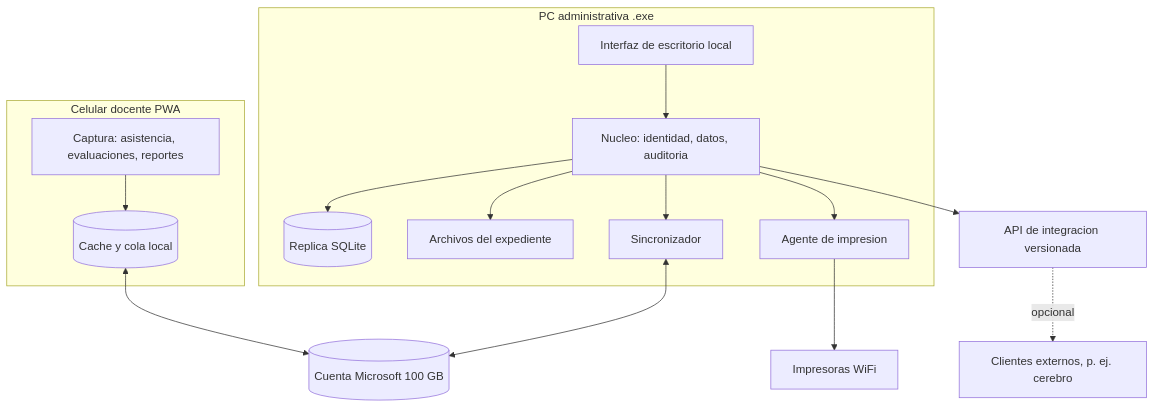
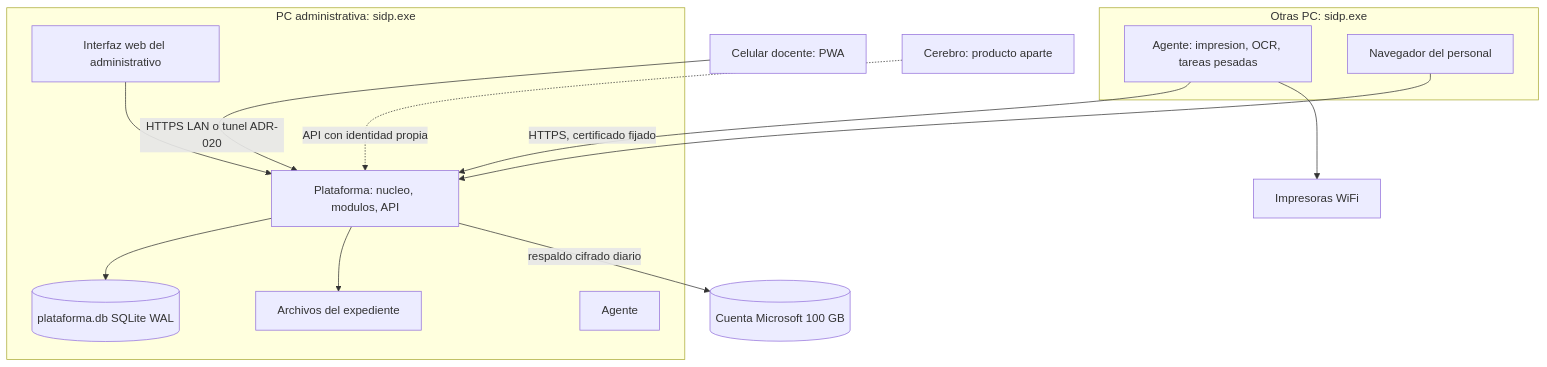
One commit to Maximiliano-cabello-mata/sidp-core changed the diagram in docs/arquitectura/sistema_administrativo.md. Above: the diagram before and after it, drawn with Mermaid. The commit also changed other lines of this file and 16 other files, not shown here.

First line of the commit message:
docs: limpieza y alineación con ADR-019; guía de prueba con dos equipos

````diff
--- a/docs/arquitectura/sistema_administrativo.md
+++ b/docs/arquitectura/sistema_administrativo.md
@@ -19,18 +19,19 @@
 ```mermaid
 flowchart TB
-    subgraph PC[PC administrativa .exe]
-        UI[Interfaz de escritorio local] --> N[Nucleo: identidad, datos, auditoria]
-        N --> R[(Replica SQLite)]
-        N --> F[Archivos del expediente]
-        N --> S[Sincronizador]
-        N --> I[Agente de impresion]
+    subgraph PC[PC administrativa: sidp.exe]
+        PLA[Plataforma: nucleo, modulos, API] --> R[(plataforma.db SQLite WAL)]
+        PLA --> F[Archivos del expediente]
+        UI[Interfaz web del administrativo] --> PLA
+        AG[Agente]
     end
-    subgraph CEL[Celular docente PWA]
-        PWA[Captura: asistencia, evaluaciones, reportes] --> C[(Cache y cola local)]
+    subgraph OTRAS[Otras PC: sidp.exe]
+        AG2[Agente: impresion, OCR, tareas pesadas]
+        NAV[Navegador del personal]
     end
-    S <--> OD[(Cuenta Microsoft 100 GB)]
-    C <--> OD
-    I --> P[Impresoras WiFi]
-    API[API de integracion versionada] -.opcional.-> X[Clientes externos, p. ej. cerebro]
-    N --> API
+    CEL[Celular docente: PWA] -->|HTTPS LAN o tunel ADR-020| PLA
+    AG2 -->|HTTPS, certificado fijado| PLA
+    NAV --> PLA
+    PLA -->|respaldo cifrado diario| OD[(Cuenta Microsoft 100 GB)]
+    AG2 --> P[Impresoras WiFi]
+    CER[Cerebro: producto aparte] -.API con identidad propia.-> PLA
 ```
````
